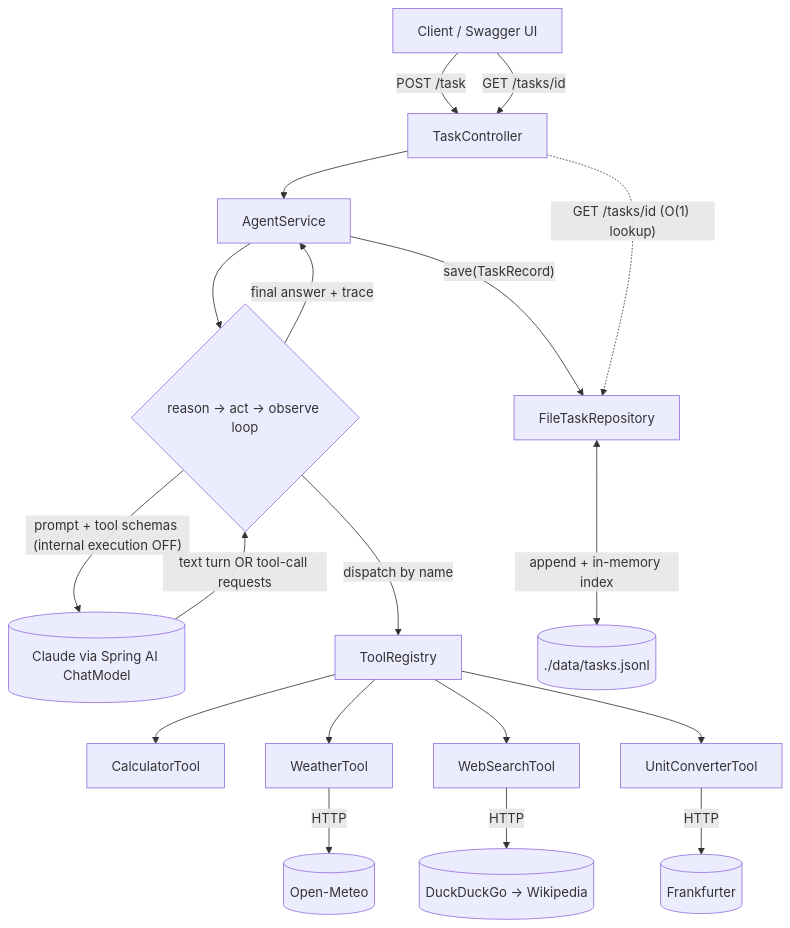
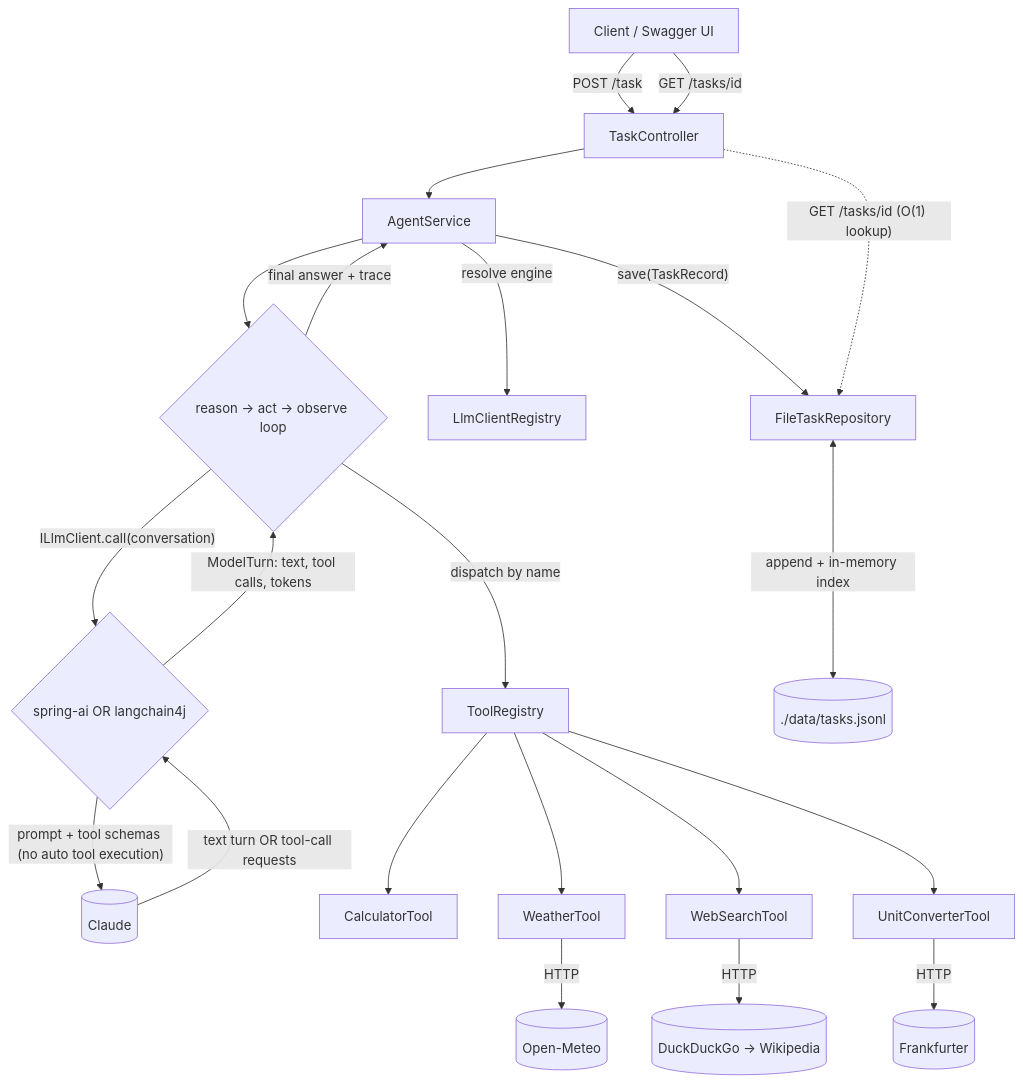
Before and after one commit to akadoorie/Multi_Tool_Agent: the diagram in README.md, drawn with Mermaid. The commit also changed other lines of this file and 37 other files, not shown here.

First line of the commit message:
Add LangChain4j as a second LLM engine, chosen per request

````diff
--- a/README.md
+++ b/README.md
@@ -74,21 +77,24 @@
 ```mermaid
 flowchart TD
     Client["Client / Swagger UI"] -->|POST /task| Controller[TaskController]
     Client -->|GET /tasks/id| Controller
     Controller --> Service[AgentService]
     Service --> Loop{"reason → act → observe loop"}
-    Loop -->|"prompt + tool schemas (internal execution OFF)"| Claude[("Claude via Spring AI ChatModel")]
-    Claude -->|"text turn OR tool-call requests"| Loop
+    Service -->|"resolve engine"| Clients[LlmClientRegistry]
+    Loop -->|"ILlmClient.call(conversation)"| Engine{"spring-ai OR langchain4j"}
+    Engine -->|"prompt + tool schemas (no auto tool execution)"| Claude[("Claude")]
+    Claude -->|"text turn OR tool-call requests"| Engine
+    Engine -->|"ModelTurn: text, tool calls, tokens"| Loop
     Loop -->|"dispatch by name"| Registry[ToolRegistry]
     Registry --> Calc[CalculatorTool]
     Registry --> Weather[WeatherTool]
     Registry --> Search[WebSearchTool]
     Registry --> Convert[UnitConverterTool]
     Weather -->|HTTP| OpenMeteo[("Open-Meteo")]
     Search -->|HTTP| DDG[("DuckDuckGo → Wikipedia")]
     Convert -->|HTTP| Frank[("Frankfurter")]
     Loop -->|"final answer + trace"| Service
     Service -->|"save(TaskRecord)"| Repo[FileTaskRepository]
     Repo <-->|"append + in-memory index"| JSONL[("./data/tasks.jsonl")]
     Controller -.->|"GET /tasks/id (O(1) lookup)"| Repo
 ```
````
